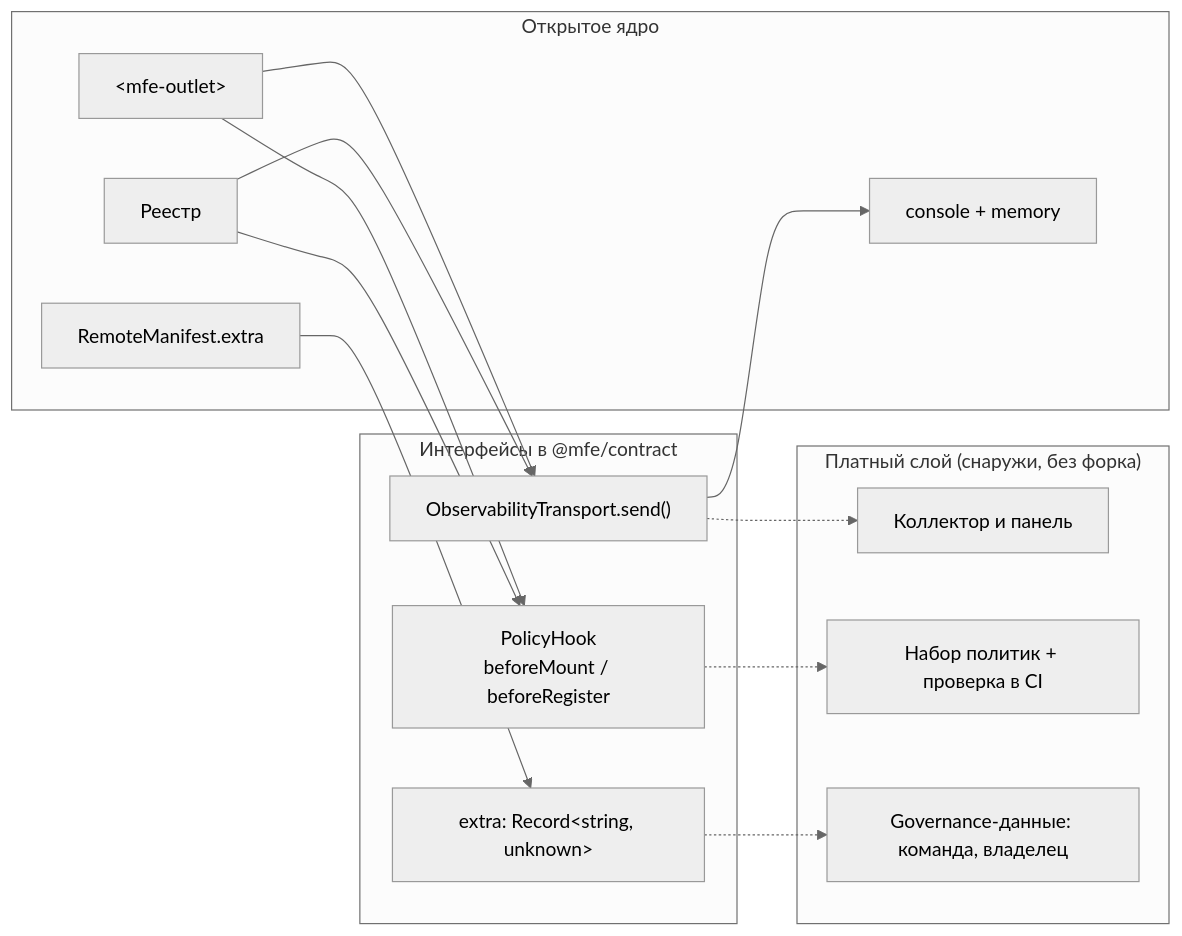
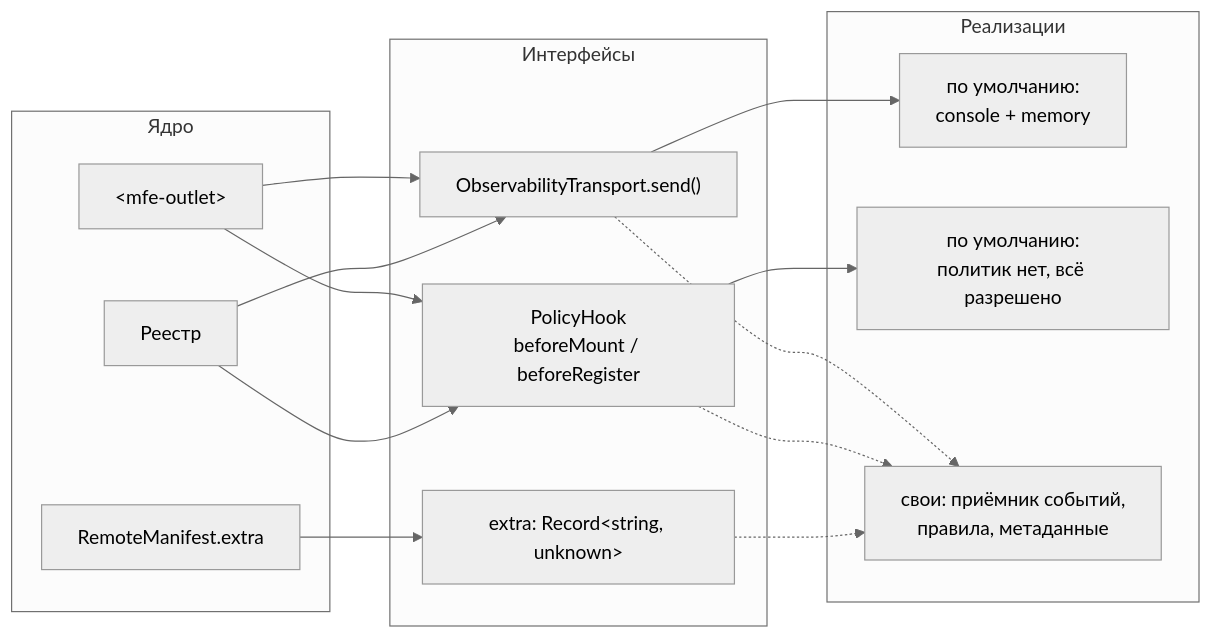
One commit to tamazyanarsen/mfe-platform changed the eighth of 9 diagrams in docs/architecture.md. Above: the diagram before and after it, drawn with Mermaid (neutral theme). The commit also changed other lines of this file and 8 other files, not shown here.

````diff
--- a/docs/architecture.md
+++ b/docs/architecture.md
@@ -278,31 +278,31 @@
 ```mermaid
 flowchart LR
-  subgraph open["Открытое ядро"]
+  subgraph core["Ядро"]
     outlet["#lt;mfe-outlet#gt;"]
     reg["Реестр"]
     man["RemoteManifest.extra"]
-    deft["console + memory"]
   end
 
-  subgraph ext["Интерфейсы в @mfe/contract"]
+  subgraph ext["Интерфейсы"]
     OT["ObservabilityTransport.send()"]
     PH["PolicyHook<br/>beforeMount / beforeRegister"]
     EX["extra: Record#lt;string, unknown#gt;"]
   end
 
-  subgraph paid["Платный слой (снаружи, без форка)"]
-    col["Коллектор и панель"]
-    pol["Набор политик + проверка в CI"]
-    gov["Governance-данные: команда, владелец"]
+  subgraph impl["Реализации"]
+    deft["по умолчанию:<br/>console + memory"]
+    nopol["по умолчанию:<br/>политик нет, всё разрешено"]
+    own["свои: приёмник событий,<br/>правила, метаданные"]
   end
 
   outlet --> OT
   reg --> OT
   outlet --> PH
   reg --> PH
   man --> EX
   OT --> deft
-  OT -.-> col
-  PH -.-> pol
-  EX -.-> gov
+  PH --> nopol
+  OT -.-> own
+  PH -.-> own
+  EX -.-> own
 ```
````
